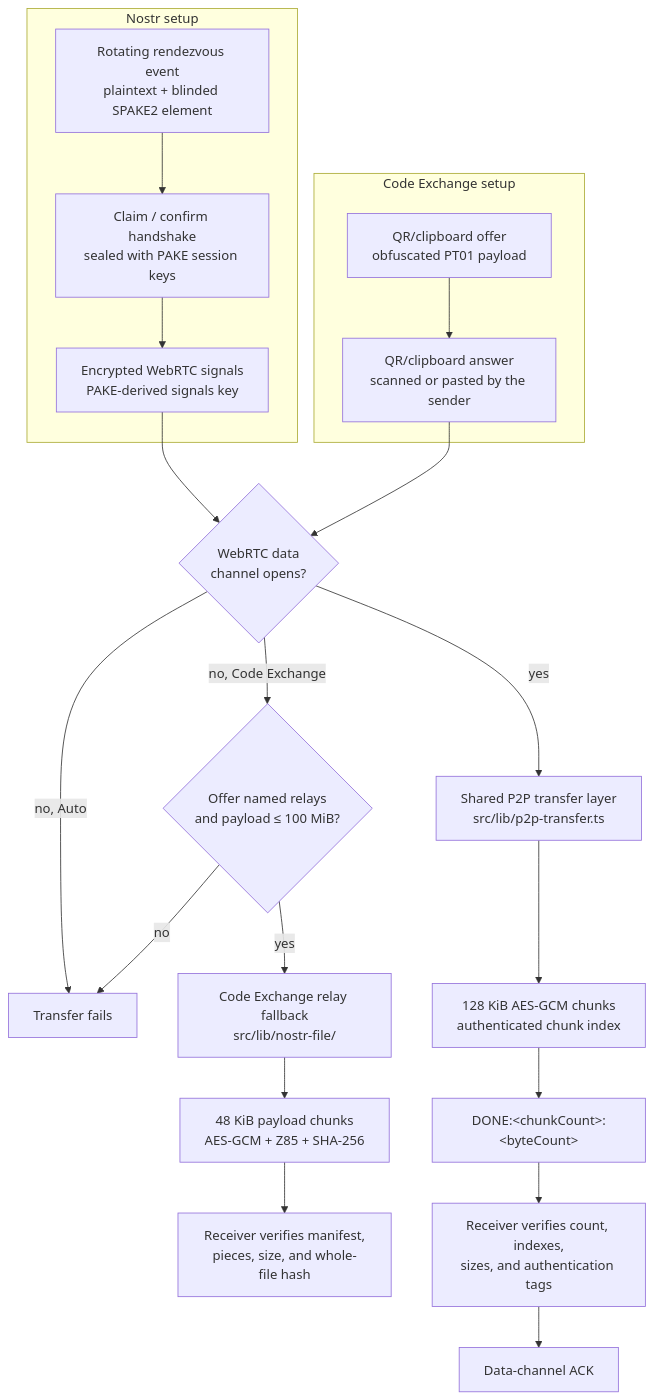
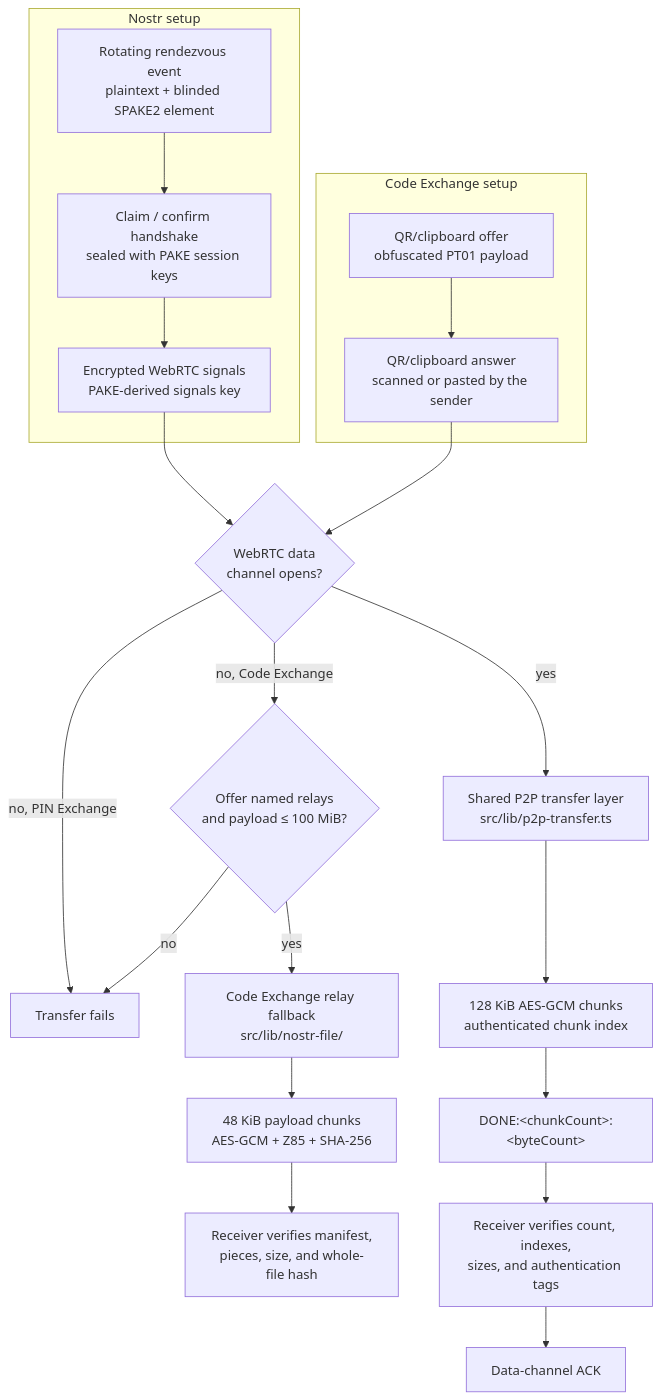
One commit to andrewtheguy/ptransfer changed the first of 5 diagrams in docs/ARCHITECTURE.md. Above: the diagram before and after it, drawn with Mermaid. The commit also changed other lines of this file and 36 other files, not shown here.

Commit message:
refactor!: rename transfer modes in code

````diff
--- a/docs/ARCHITECTURE.md
+++ b/docs/ARCHITECTURE.md
@@ -38,30 +38,30 @@
 ```mermaid
 flowchart TD
     subgraph Nostr[Nostr setup]
         N1[Rotating rendezvous event<br/>plaintext + blinded SPAKE2 element]
         N2[Claim / confirm handshake<br/>sealed with PAKE session keys]
         N3[Encrypted WebRTC signals<br/>PAKE-derived signals key]
         N1 --> N2
         N2 --> N3
     end
 
-    subgraph Manual[Code Exchange setup]
+    subgraph Code[Code Exchange setup]
         M1[QR/clipboard offer<br/>obfuscated PT01 payload]
         M2[QR/clipboard answer<br/>scanned or pasted by the sender]
         M1 --> M2
     end
 
     N3 --> Direct{WebRTC data<br/>channel opens?}
     M2 --> Direct
     Direct -->|yes| Transfer[Shared P2P transfer layer<br/>src/lib/p2p-transfer.ts]
-    Direct -->|no, Auto| Failed[Transfer fails]
+    Direct -->|no, PIN Exchange| Failed[Transfer fails]
     Direct -->|no, Code Exchange| Eligible{Offer named relays<br/>and payload ≤ 100 MiB?}
     Eligible -->|no| Failed
     Eligible -->|yes| Relay[Code Exchange relay fallback<br/>src/lib/nostr-file/]
     Relay --> RelayChunks[48 KiB payload chunks<br/>AES-GCM + Z85 + SHA-256]
     RelayChunks --> RelayDone[Receiver verifies manifest,<br/>pieces, size, and whole-file hash]
     Transfer --> Chunks[128 KiB AES-GCM chunks<br/>authenticated chunk index]
     Chunks --> Done[DONE:&lt;chunkCount&gt;:&lt;byteCount&gt;]
     Done --> Verify[Receiver verifies count, indexes,<br/>sizes, and authentication tags]
     Verify --> Ack[Data-channel ACK]
 ```
````
